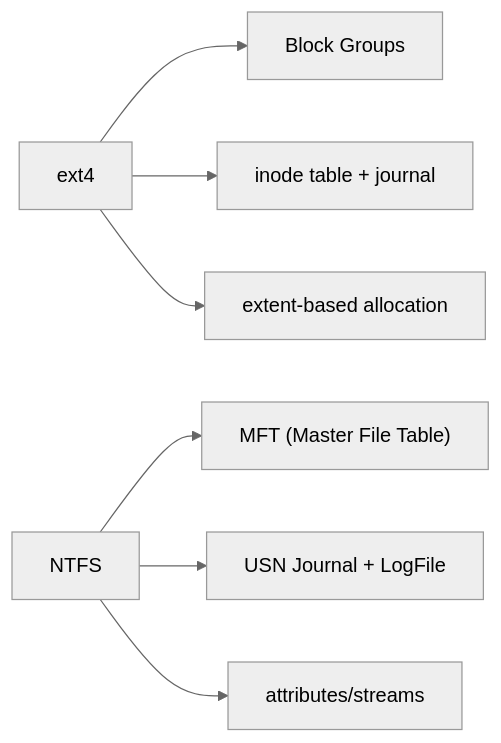
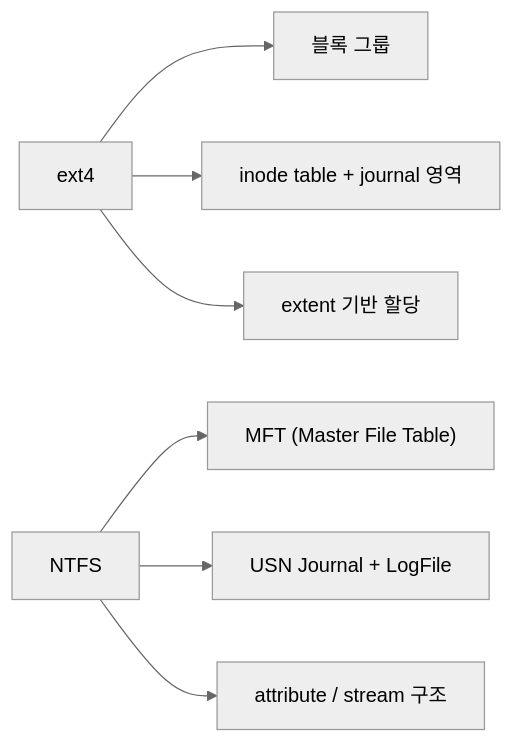
Before and after one commit to mandoobox/mandoobox.github.io: diagram 26 of 37 in _posts/cs-note/2026-02-27-os.md, drawn with Mermaid (neutral theme). The commit also changed other lines of this file and 18 other files, not shown here.

````diff
--- a/_posts/cs-note/2026-02-27-os.md
+++ b/_posts/cs-note/2026-02-27-os.md
@@ -803,9 +809,9 @@
 ```mermaid
 flowchart LR
-  EXT4[ext4] --> E1[Block Groups]
-  EXT4 --> E2["inode table + journal"]
-  EXT4 --> E3["extent-based allocation"]
+  EXT4[ext4] --> E1[블록 그룹]
+  EXT4 --> E2["inode table + journal 영역"]
+  EXT4 --> E3["extent 기반 할당"]
   NTFS[NTFS] --> N1["MFT (Master File Table)"]
   NTFS --> N2["USN Journal + LogFile"]
-  NTFS --> N3["attributes/streams"]
+  NTFS --> N3["attribute / stream 구조"]
 ```
````
